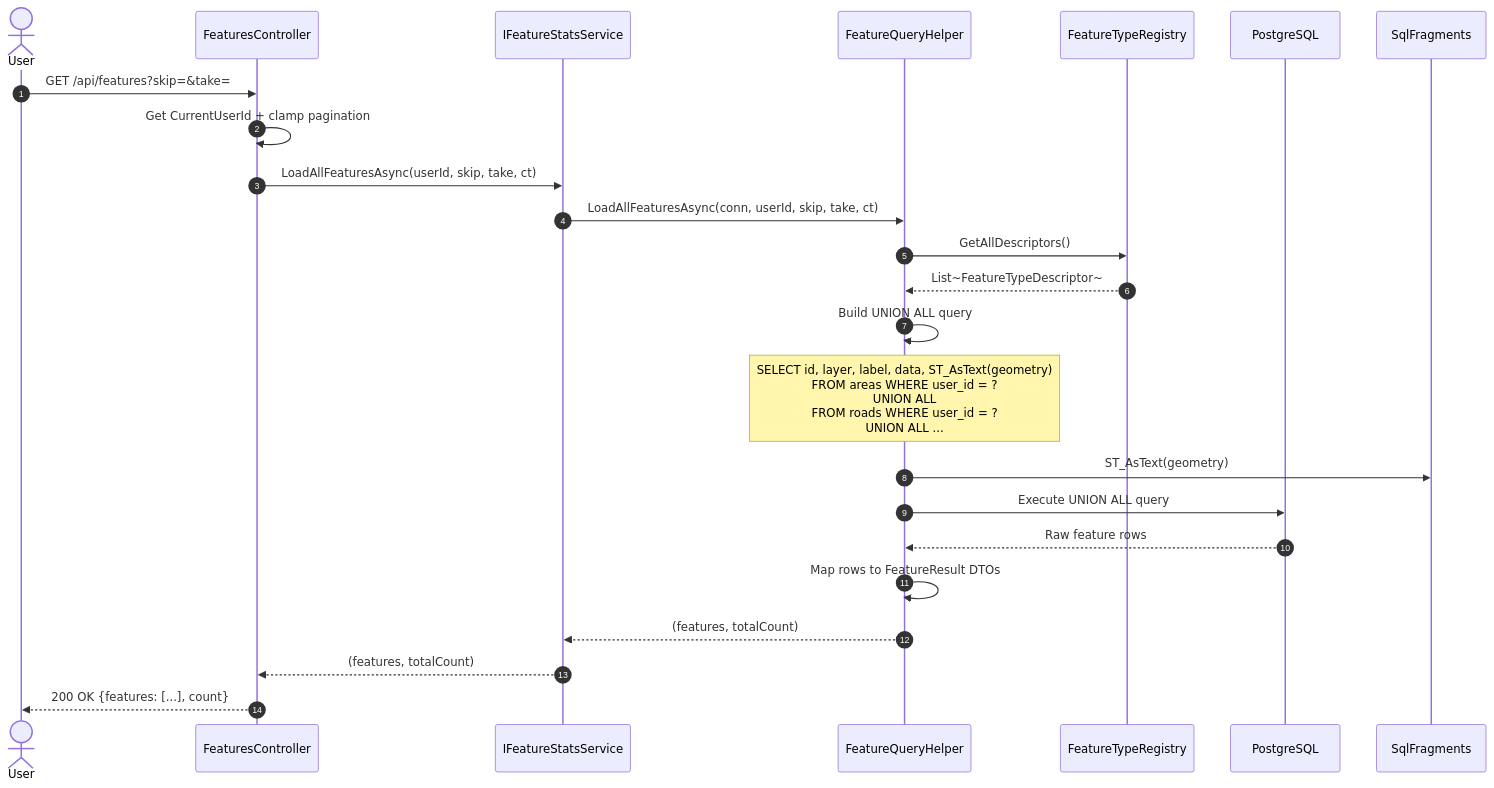
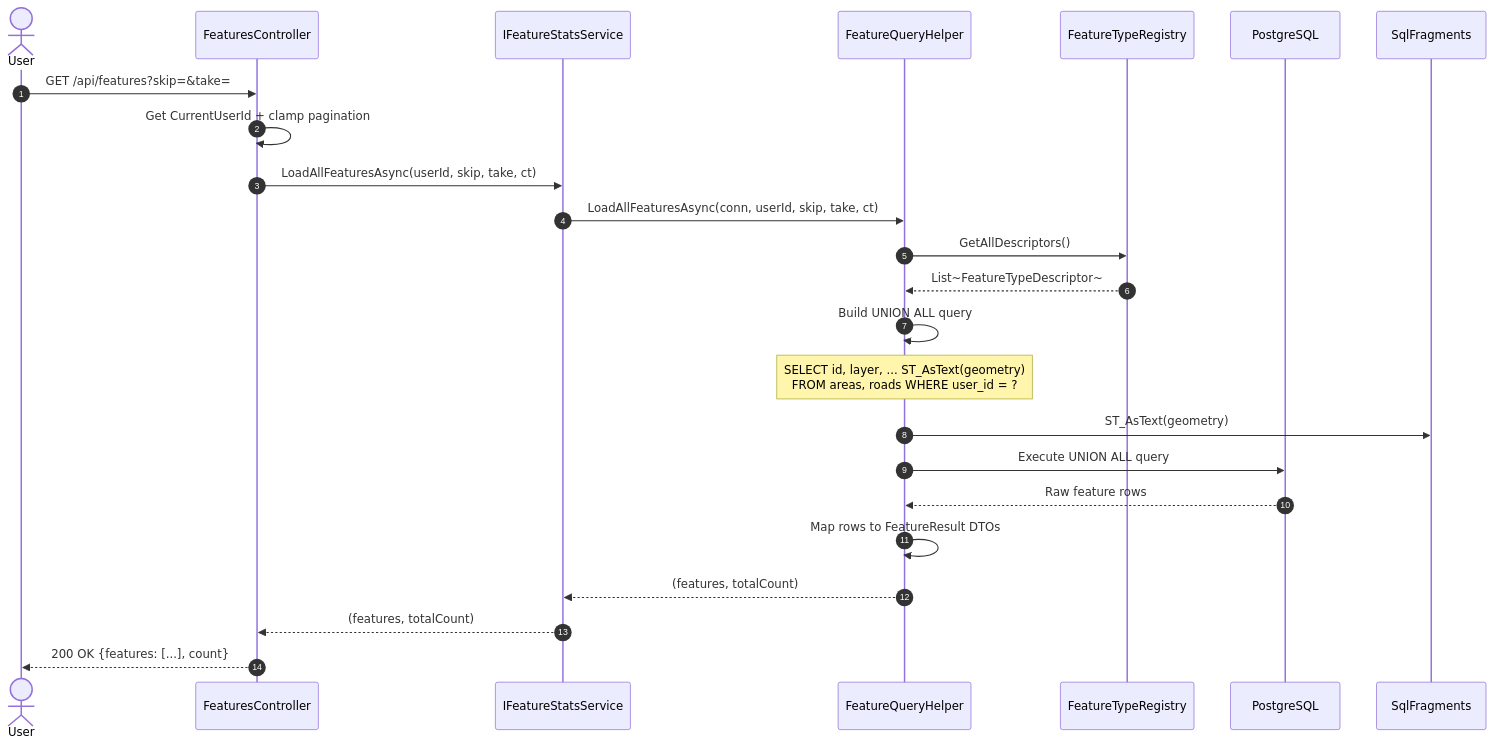
Before and after one commit to Zuhir-Benslama/NARS: the fifth of 7 diagrams in docs/uml/nars-sequence-diagram.md, drawn with Mermaid. The commit also changed other lines of this file and 54 other files, not shown here.

````diff
--- a/docs/uml/nars-sequence-diagram.md
+++ b/docs/uml/nars-sequence-diagram.md
@@ -207,33 +207,33 @@
 ```mermaid
 sequenceDiagram
     autonumber
     actor User
     participant FeaturesController
     participant IFeatureStatsService
     participant FeatureQueryHelper
     participant FeatureTypeRegistry
     participant PostgreSQL
     participant SqlFragments
 
     User->>FeaturesController: GET /api/features?skip=&take=
     FeaturesController->>FeaturesController: Get CurrentUserId + clamp pagination
 
     FeaturesController->>IFeatureStatsService: LoadAllFeaturesAsync(userId, skip, take, ct)
     IFeatureStatsService->>FeatureQueryHelper: LoadAllFeaturesAsync(conn, userId, skip, take, ct)
 
     FeatureQueryHelper->>FeatureTypeRegistry: GetAllDescriptors()
     FeatureTypeRegistry-->>FeatureQueryHelper: List~FeatureTypeDescriptor~
 
     FeatureQueryHelper->>FeatureQueryHelper: Build UNION ALL query
-    Note over FeatureQueryHelper: SELECT id, layer, label, data, ST_AsText(geometry)<br/>FROM areas WHERE user_id = ?<br/>UNION ALL<br/>FROM roads WHERE user_id = ?<br/>UNION ALL ...
+    Note over FeatureQueryHelper: SELECT id, layer, ... ST_AsText(geometry)<br/>FROM areas, roads WHERE user_id = ?
 
     FeatureQueryHelper->>SqlFragments: ST_AsText(geometry)
     FeatureQueryHelper->>PostgreSQL: Execute UNION ALL query
     PostgreSQL-->>FeatureQueryHelper: Raw feature rows
 
     FeatureQueryHelper->>FeatureQueryHelper: Map rows to FeatureResult DTOs
     FeatureQueryHelper-->>IFeatureStatsService: (features, totalCount)
     IFeatureStatsService-->>FeaturesController: (features, totalCount)
 
     FeaturesController-->>User: 200 OK {features: [...], count}
 ```
````
